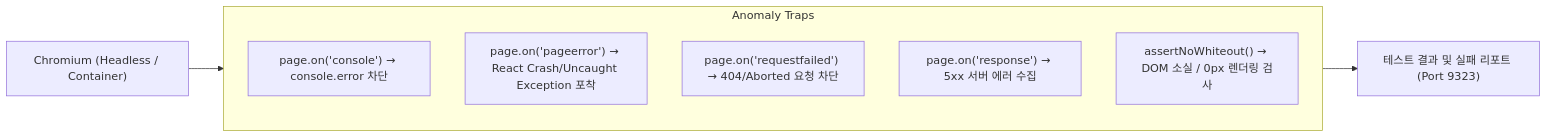
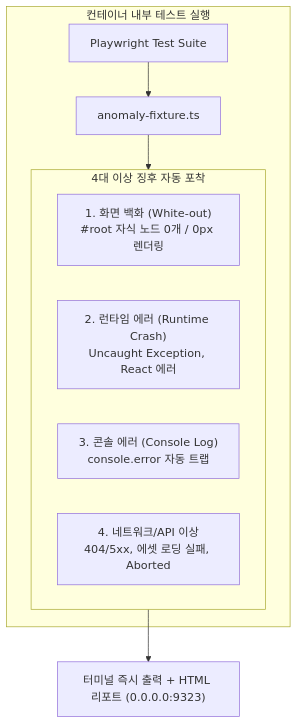
The diagram in docs/README_TEST_DOCKER.md (gocolab/project_axfoundly), drawn with Mermaid before and after one commit. The commit also changed other lines of this file and 2 other files, not shown here.

Commit message:
chore: remove docker test scripts and add sandbox configuration to playwright for container compatibility

````diff
--- a/docs/README_TEST_DOCKER.md
+++ b/docs/README_TEST_DOCKER.md
@@ -11,15 +23,17 @@
 ```mermaid
-flowchart LR
-    Browser["Chromium (Headless / Container)"] --> Listeners["실시간 이벤트 리스너"]
-    
-    subgraph Listeners ["Anomaly Traps"]
-        direction TB
-        L1["page.on('console') → console.error 차단"]
-        L2["page.on('pageerror') → React Crash/Uncaught Exception 포착"]
-        L3["page.on('requestfailed') → 404/Aborted 요청 차단"]
-        L4["page.on('response') → 5xx 서버 에러 수집"]
-        L5["assertNoWhiteout() → DOM 소실 / 0px 렌더링 검사"]
+flowchart TD
+    subgraph ContainerRuntime ["컨테이너 내부 테스트 실행"]
+        T["Playwright Test Suite"] --> F["anomaly-fixture.ts"]
+        
+        subgraph Detectors ["4대 이상 징후 자동 포착"]
+            D1["1. 화면 백화 (White-out)<br>#root 자식 노드 0개 / 0px 렌더링"]
+            D2["2. 런타임 에러 (Runtime Crash)<br>Uncaught Exception, React 에러"]
+            D3["3. 콘솔 에러 (Console Log)<br>console.error 자동 트랩"]
+            D4["4. 네트워크/API 이상<br>404/5xx, 에셋 로딩 실패, Aborted"]
+        end
+        
+        F --> Detectors
     end
     
-    Listeners --> Reporter["테스트 결과 및 실패 리포트 (Port 9323)"]
+    Detectors --> Output["터미널 즉시 출력 + HTML 리포트 (0.0.0.0:9323)"]
 ```
````
